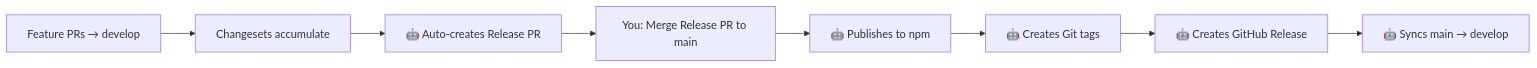
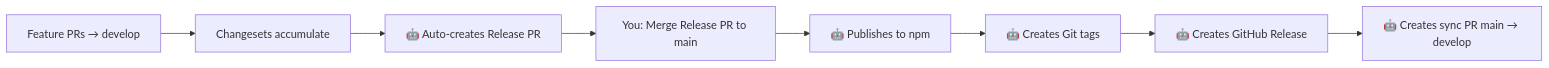
Before and after one commit to getcove/cove-js-sdk: the diagram in CONTRIBUTING.md, drawn with Mermaid. The commit also changed other lines of this file and 2 other files, not shown here.

First line of the commit message:
feat: update release workflow to use develop-based branching

````diff
--- a/CONTRIBUTING.md
+++ b/CONTRIBUTING.md
@@ -50,10 +50,10 @@
 ```mermaid
 flowchart LR
     A[Feature PRs → develop] --> B[Changesets accumulate]
     B --> C[🤖 Auto-creates Release PR]
     C --> D[You: Merge Release PR to main]
     D --> E[🤖 Publishes to npm]
     E --> F[🤖 Creates Git tags]
     F --> G[🤖 Creates GitHub Release]
-    G --> H[🤖 Syncs main → develop]
+    G --> H[🤖 Creates sync PR main → develop]
 ```
````
